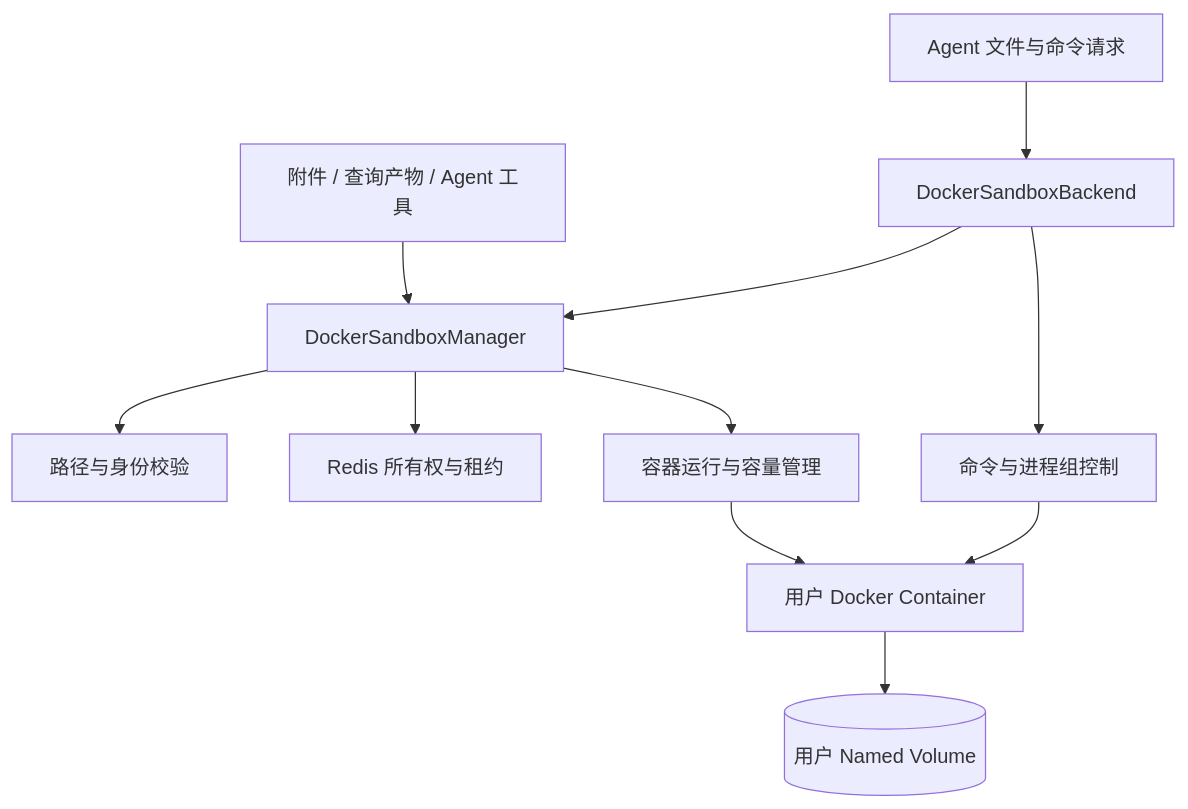
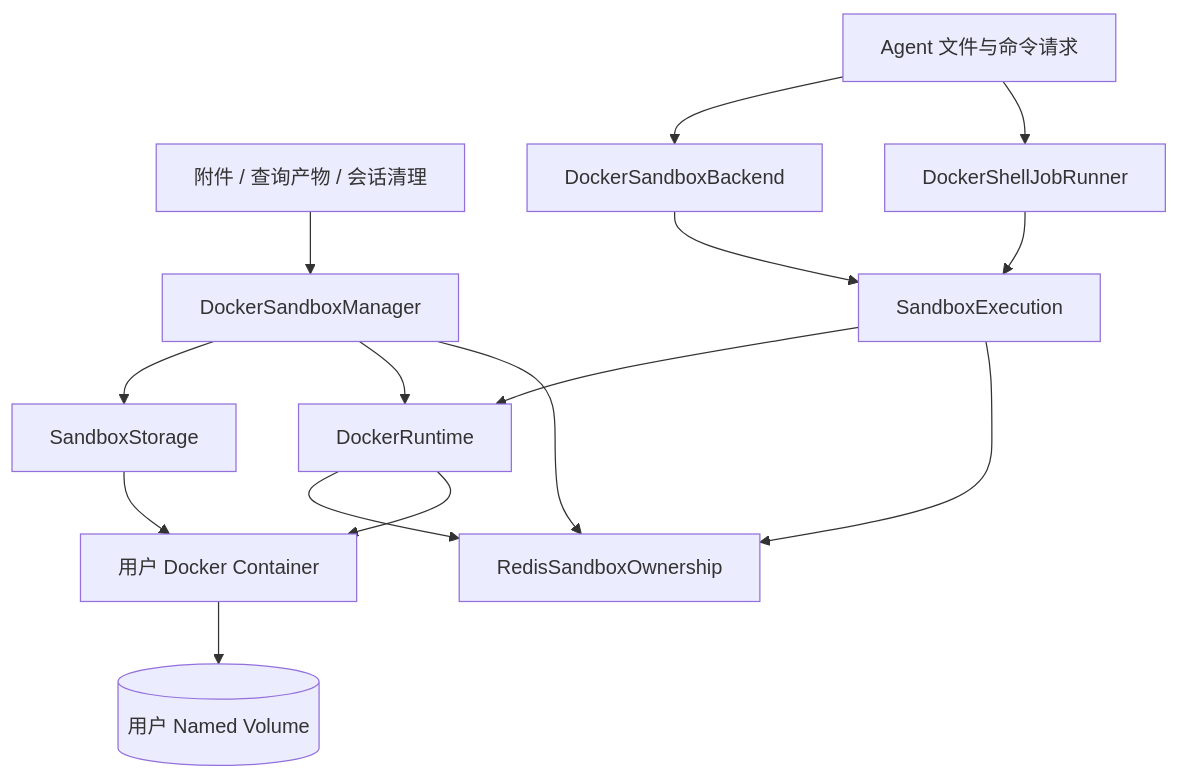
One commit to 2739673455/dataagent changed the diagram in docs/04_沙箱与隔离工作区.md. Above: the diagram before and after it, drawn with Mermaid. The commit also changed other lines of this file and 332 other files, not shown here.

````diff
--- a/docs/04_沙箱与隔离工作区.md
+++ b/docs/04_沙箱与隔离工作区.md
@@ -7,13 +139,17 @@
 ```mermaid
 flowchart TD
-    CALLER[附件 / 查询产物 / Agent 工具] --> MANAGER[DockerSandboxManager]
+    CALLER[附件 / 查询产物 / 会话清理] --> MANAGER[DockerSandboxManager]
+    MANAGER --> STORAGE[SandboxStorage]
+    MANAGER --> RUNTIME[DockerRuntime]
+    MANAGER --> OWN[RedisSandboxOwnership]
     AGENT[Agent 文件与命令请求] --> BACKEND[DockerSandboxBackend]
-    BACKEND --> MANAGER
-    MANAGER --> PATH[路径与身份校验]
-    MANAGER --> OWN[Redis 所有权与租约]
-    MANAGER --> POOL[容器运行与容量管理]
-    POOL --> DOCKER[用户 Docker Container]
+    AGENT --> SHELL[DockerShellJobRunner]
+    BACKEND --> EXEC[SandboxExecution]
+    SHELL --> EXEC
+    EXEC --> RUNTIME
+    EXEC --> OWN
+    RUNTIME --> OWN
+    RUNTIME --> DOCKER[用户 Docker Container]
+    STORAGE --> DOCKER
     DOCKER --> VOLUME[(用户 Named Volume)]
-    BACKEND --> SHELL[命令与进程组控制]
-    SHELL --> DOCKER
 ```
````
